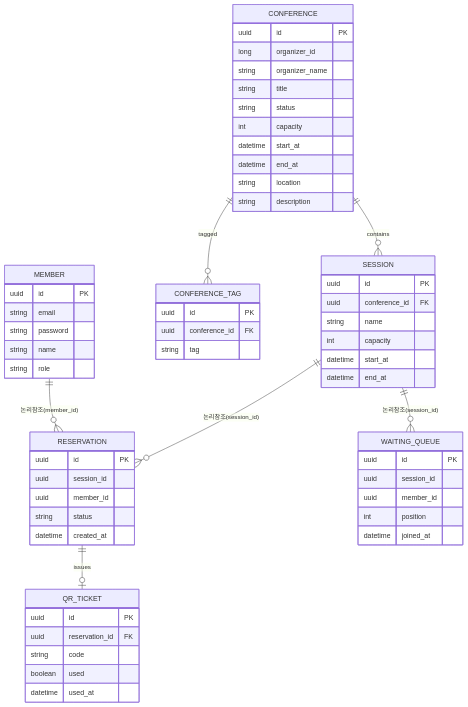
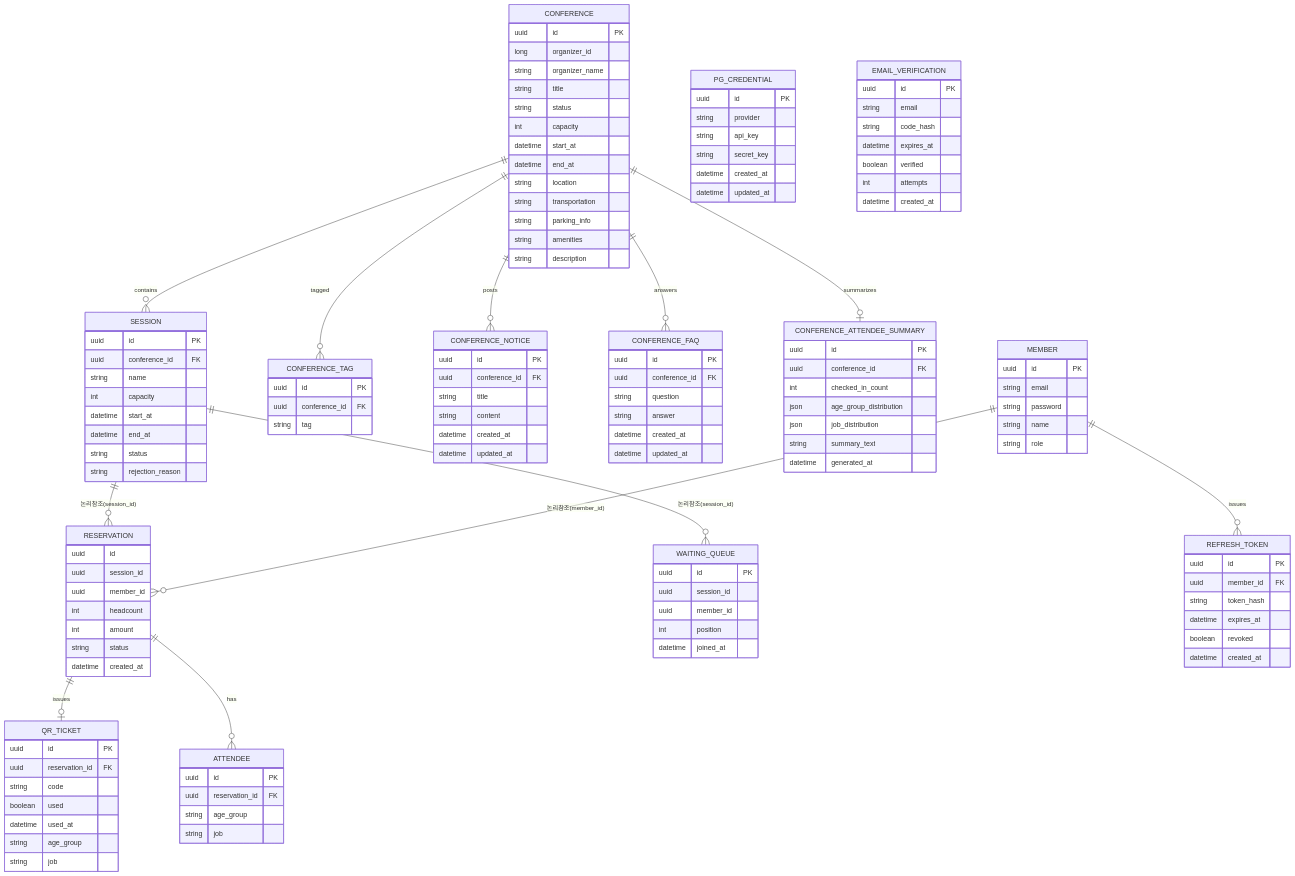
One commit to likelion-backend-24th/Final-Project-Team3 changed the second of 2 diagrams in docs/ERD.md. Above: the diagram before and after it, drawn with Mermaid. The commit also changed other lines of this file and 12 other files, not shown here.

````diff
--- a/docs/ERD.md
+++ b/docs/ERD.md
@@ -48,10 +76,15 @@
 erDiagram
     CONFERENCE ||--o{ SESSION : contains
     CONFERENCE ||--o{ CONFERENCE_TAG : tagged
+    CONFERENCE ||--o{ CONFERENCE_NOTICE : posts
+    CONFERENCE ||--o{ CONFERENCE_FAQ : answers
+    CONFERENCE ||--o| CONFERENCE_ATTENDEE_SUMMARY : summarizes
     SESSION ||--o{ RESERVATION : "논리참조(session_id)"
     SESSION ||--o{ WAITING_QUEUE : "논리참조(session_id)"
     RESERVATION ||--o| QR_TICKET : issues
+    RESERVATION ||--o{ ATTENDEE : "has"
     MEMBER ||--o{ RESERVATION : "논리참조(member_id)"
+    MEMBER ||--o{ REFRESH_TOKEN : issues
 
     CONFERENCE {
         uuid id PK
@@ -63,6 +96,9 @@
         datetime start_at
         datetime end_at
         string location
+        string transportation
+        string parking_info
+        string amenities
         string description
     }
     CONFERENCE_TAG {
@@ -70,6 +106,31 @@
         uuid conference_id FK
         string tag
     }
+    CONFERENCE_NOTICE {
+        uuid id PK
+        uuid conference_id FK
+        string title
+        string content
+        datetime created_at
+        datetime updated_at
+    }
+    CONFERENCE_FAQ {
+        uuid id PK
+        uuid conference_id FK
+        string question
+        string answer
+        datetime created_at
+        datetime updated_at
+    }
+   CONFERENCE_ATTENDEE_SUMMARY {
+		    uuid id PK
+		    uuid conference_id FK
+		    int checked_in_count
+		    json age_group_distribution
+		    json job_distribution
+		    string summary_text
+		    datetime generated_at
+		}
     SESSION {
         uuid id PK
         uuid conference_id FK
@@ -77,11 +138,15 @@
         int capacity
         datetime start_at
         datetime end_at
+        string status
+        string rejection_reason
     }
     RESERVATION {
-        uuid id PK
+        uuid id
         uuid session_id
         uuid member_id
+        int headcount
+        int amount
         string status
         datetime created_at
     }
@@ -98,6 +163,22 @@
         string code
         boolean used
         datetime used_at
+        string age_group
+        string job
+    }
+    ATTENDEE {
+        uuid id PK
+        uuid reservation_id FK
+        string age_group
+        string job
+    }
+    PG_CREDENTIAL {
+        uuid id PK
+        string provider
+        string api_key
+        string secret_key
+        datetime created_at
+        datetime updated_at
     }
     MEMBER {
         uuid id PK
@@ -106,4 +187,21 @@
         string name
         string role
     }
+    REFRESH_TOKEN {
+        uuid id PK
+        uuid member_id FK
+        string token_hash
+        datetime expires_at
+        boolean revoked
+        datetime created_at
+    }
+    EMAIL_VERIFICATION {
+        uuid id PK
+        string email
+        string code_hash
+        datetime expires_at
+        boolean verified
+        int attempts
+        datetime created_at
+    }
 ```
````
